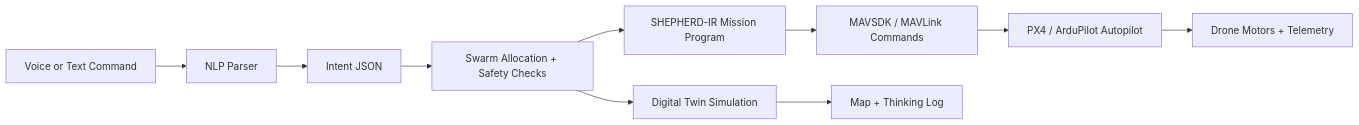
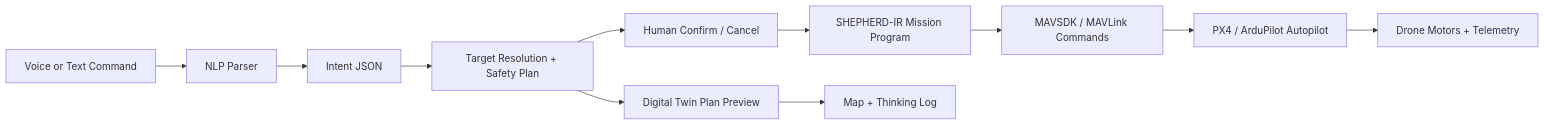
One commit to cyberuniversal/shepherd-ai changed the diagram in README.md. Above: the diagram before and after it, drawn with Mermaid. The commit also changed other lines of this file and 9 other files, not shown here.

Commit message:
Add plan-first mission confirmation flow

````diff
--- a/README.md
+++ b/README.md
@@ -7,12 +7,13 @@
 ```mermaid
 flowchart LR
   A[Voice or Text Command] --> B[NLP Parser]
   B --> C[Intent JSON]
-  C --> D[Swarm Allocation + Safety Checks]
-  D --> E[SHEPHERD-IR Mission Program]
-  E --> F[MAVSDK / MAVLink Commands]
-  F --> G[PX4 / ArduPilot Autopilot]
-  G --> H[Drone Motors + Telemetry]
-  D --> I[Digital Twin Simulation]
-  I --> J[Map + Thinking Log]
+  C --> D[Target Resolution + Safety Plan]
+  D --> E[Human Confirm / Cancel]
+  E --> F[SHEPHERD-IR Mission Program]
+  F --> G[MAVSDK / MAVLink Commands]
+  G --> H[PX4 / ArduPilot Autopilot]
+  H --> I[Drone Motors + Telemetry]
+  D --> J[Digital Twin Plan Preview]
+  J --> K[Map + Thinking Log]
 ```
````
